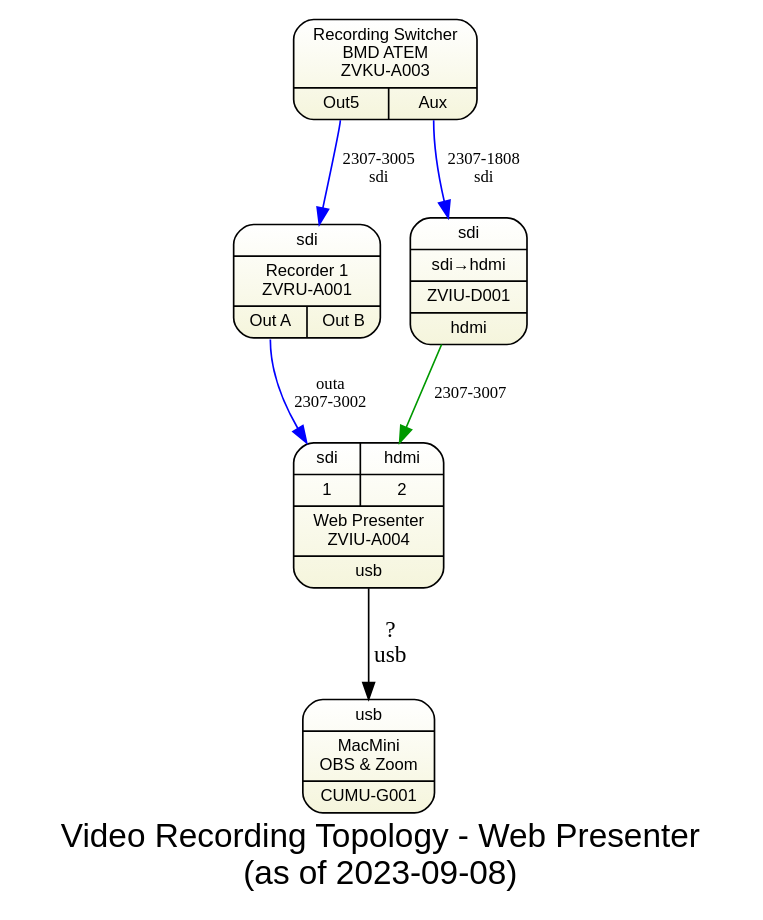
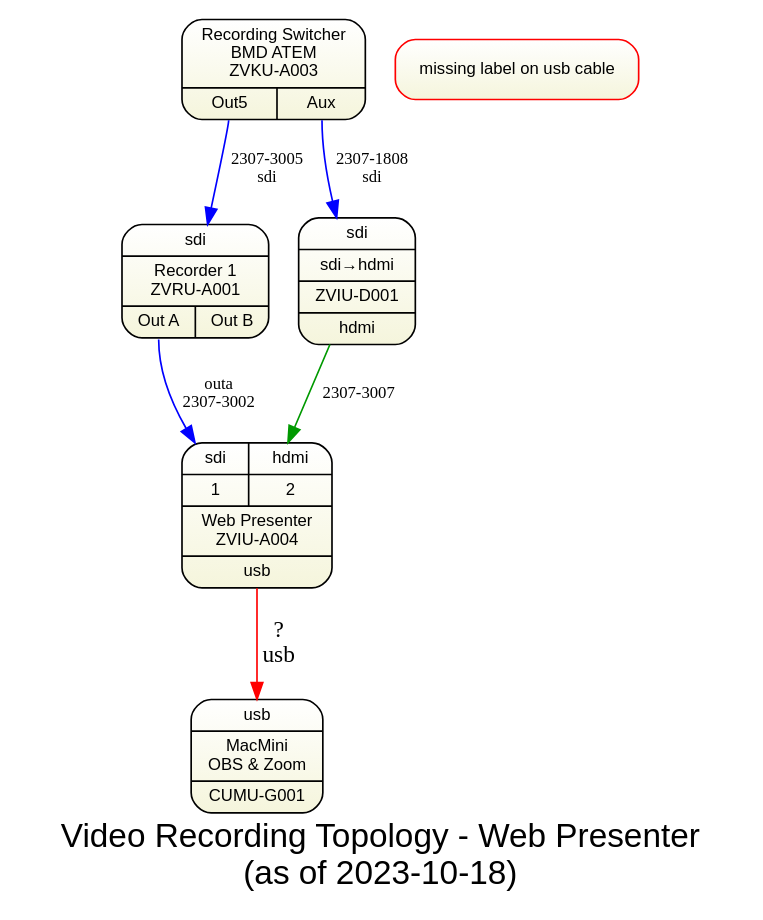
The diagram in gv/sdv-topology6-rec-wp.gv (avmaint/uactechdoc), drawn with Graphviz before and after one commit. The commit also changed 10 other files, not shown here.

```diff
--- a/gv/sdv-topology6-rec-wp.gv
+++ b/gv/sdv-topology6-rec-wp.gv
@@ -1,40 +1,41 @@
 digraph WebPresenter { 
   
 graph [overlap = true, fontsize = 20, 
-      label="Video Recording Topology - Web Presenter\n(as of 2023-09-08)",
+      label="Video Recording Topology - Web Presenter\n(as of 2023-10-18)",
       fontname = Helvetica, bgcolor=white
       ]
  
 node [shape = Mrecord style=filled , fillcolor="white:beige"  , fontsize = 10,
       gradientangle=270 fontname = Helvetica ]
       
 zvkua003 [
   tooltip="BMD ATEM Television Studio Pro HD"
   label="{ Recording Switcher\nBMD ATEM\nZVKU-A003|
       { {<o5>Out5 }| {<aux>Aux }  }
     }"
 ]
 
 zviua004 [label="{{{<i1>sdi|1 }|{<i2>hdmi|2} }|{Web Presenter \n ZVIU-A004}|{<usb>usb}}"]
 
 zvrua001 [label="{{ {<in>sdi }}|{Recorder 1\nZVRU-A001}|{{<outa>Out A}|{<outb>Out B}}}"]
 
 cumug001 [label="{<usb>usb|MacMini\nOBS & Zoom|CUMU-G001}"]
  
 zviud001 [label="{<i>sdi|sdi→hdmi|ZVIU-D001|<o>hdmi}"]
 
-zviua004 -> cumug001 [label="?\nusb"]
+zviua004 -> cumug001 [label="?\nusb" color="red"]
+note [label="missing label on usb cable" color="red"]
 
 subgraph sdi_cables { 
 	edge [style="solid", color="blue" fontsize="10pt"]
 	zvrua001:outa -> zviua004:sdi [label="outa\n2307-3002"]
 	zvkua003:aux  -> zviud001:sdi [label="2307-1808\nsdi" ]
 	zvkua003:o5 -> zvrua001:sdi [label="2307-3005\nsdi"]
 }
 
 subgraph hdmi_edges {
 	edge [style=solid, color="#009900", fontsize="10pt" ]
 	zviud001:hdmi -> zviua004:hdmi [label="2307-3007"]
 }
 
 } 
```
